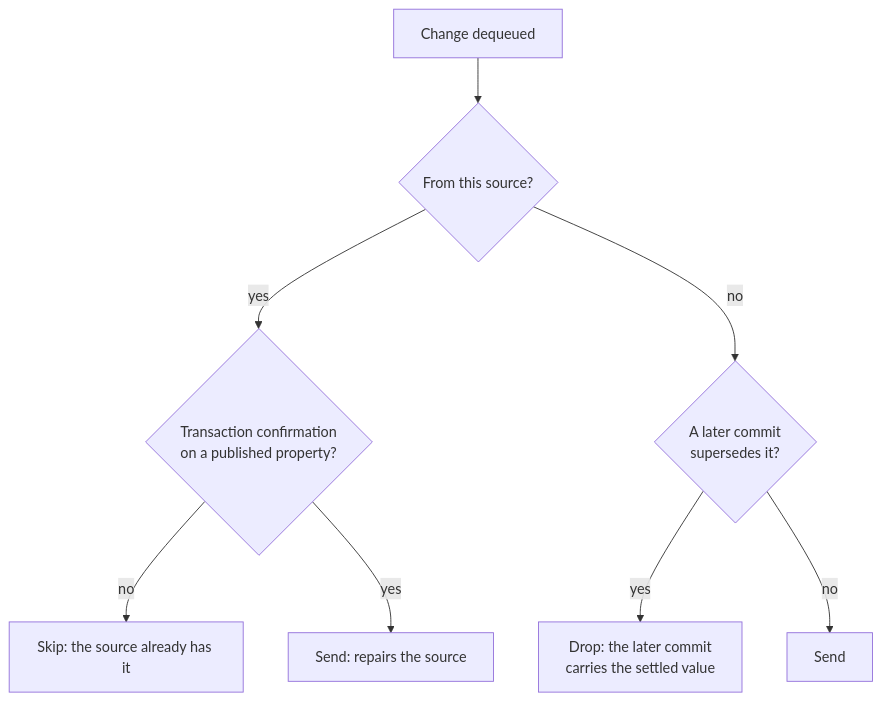
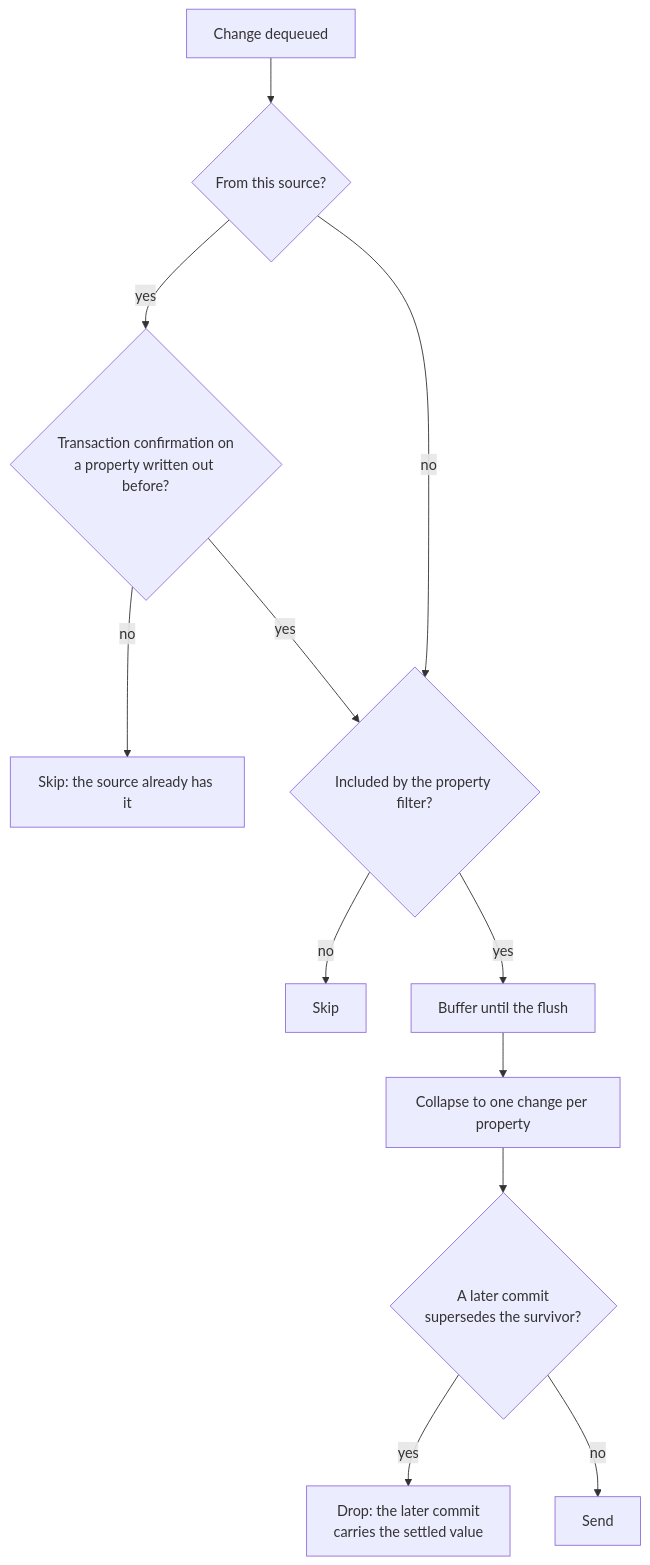
One commit to RicoSuter/Namotion.Interceptor changed the diagram in docs/connectors.md. Above: the diagram before and after it, drawn with Mermaid. The commit also changed other lines of this file and 6 other files, not shown here.

````diff
--- a/docs/connectors.md
+++ b/docs/connectors.md
@@ -165,10 +165,14 @@
 ```mermaid
 flowchart TD
     A[Change dequeued] --> B{From this source?}
-    B -->|yes| C{Transaction confirmation<br/>on a published property?}
-    B -->|no| D{A later commit<br/>supersedes it?}
+    B -->|yes| C{Transaction confirmation on<br/>a property written out before?}
     C -->|no| E[Skip: the source already has it]
-    C -->|yes| F[Send: repairs the source]
-    D -->|yes| G[Drop: the later commit<br/>carries the settled value]
-    D -->|no| H[Send]
+    B -->|no| F{Included by the property filter?}
+    C -->|yes| F
+    F -->|no| G[Skip]
+    F -->|yes| H[Buffer until the flush]
+    H --> I[Collapse to one change per property]
+    I --> J{A later commit<br/>supersedes the survivor?}
+    J -->|yes| K[Drop: the later commit<br/>carries the settled value]
+    J -->|no| L[Send]
 ```
````
